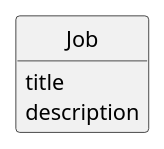
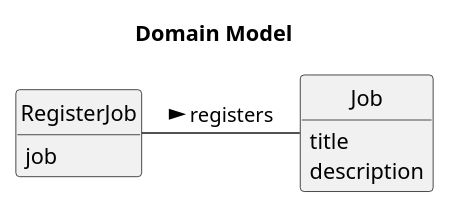
Before and after one commit to RicardoMorim/lapr2-ISEP-Project: the diagram in docs/sprintA/us002/02.analysis/puml/us002-domain-model.puml, drawn with PlantUML. The commit also changed 5 other files, not shown here.

Commit message:
The global artifacts, US01 and US02 domain model

```diff
--- a/docs/sprintA/us002/02.analysis/puml/us002-domain-model.puml
+++ b/docs/sprintA/us002/02.analysis/puml/us002-domain-model.puml
@@ -1,11 +1,19 @@
 @startuml
 
 hide circle
 hide methods
+
+title Domain Model
+
+class RegisterJob{
+    job
+}
 
 class Job {
     title
     description
 }
 
+RegisterJob - Job: registers >
+
 @enduml
```
